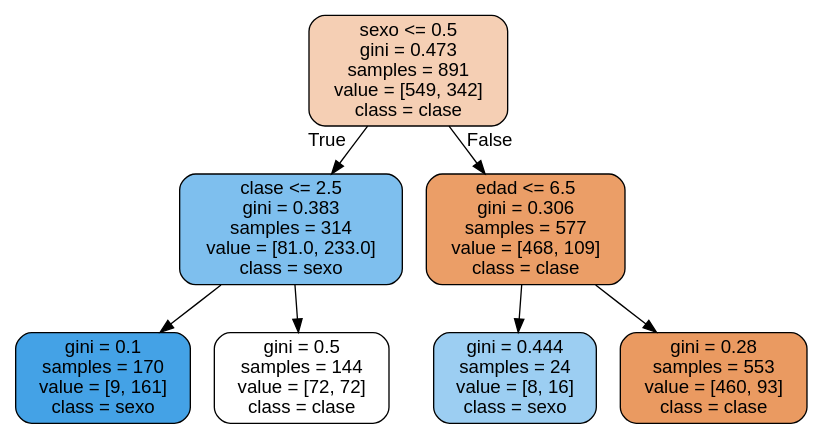
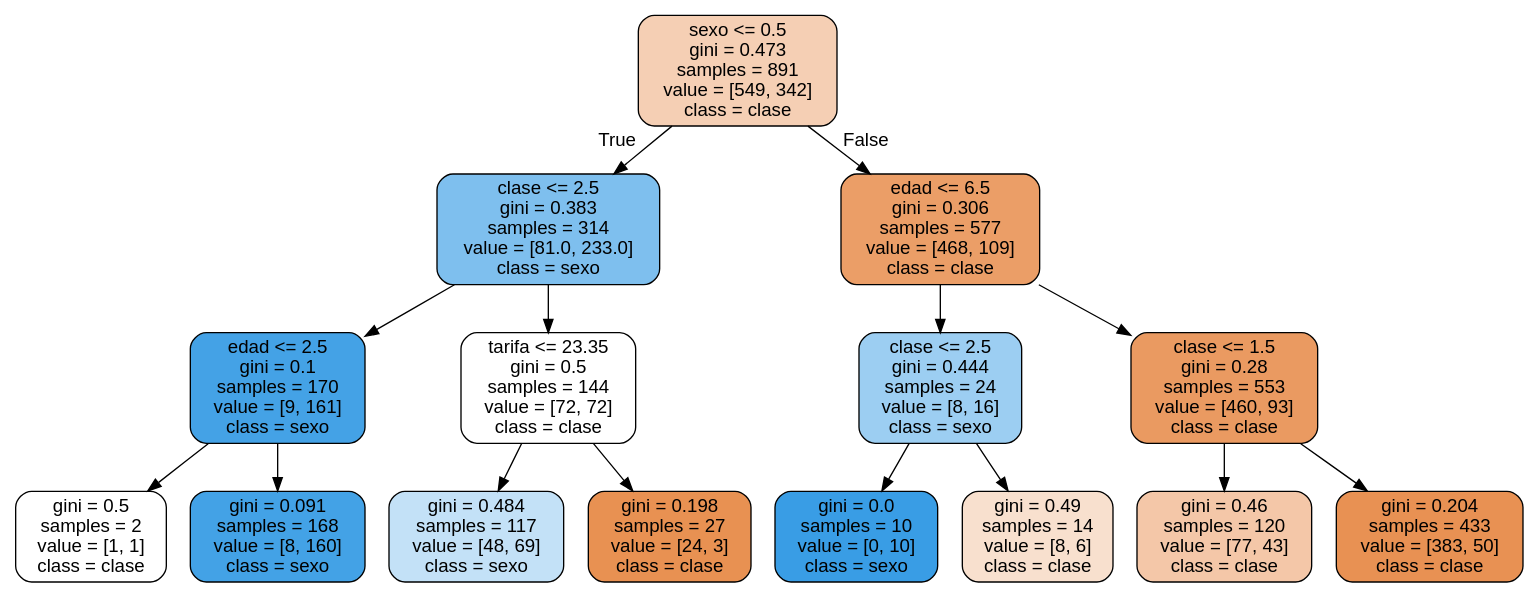
One commit to RalphNM1/InteligenciaArtificial changed the diagram in Ejercicios/arbol de decision/ejemplo_titanic.dot. Above: the diagram before and after it, drawn with Graphviz. The commit also changed 4 other files, not shown here.

```diff
--- a/Ejercicios/arbol de decision/ejemplo_titanic.dot
+++ b/Ejercicios/arbol de decision/ejemplo_titanic.dot
@@ -1,17 +1,33 @@
 digraph Tree {
 node [shape=box, style="filled, rounded", color="black", fontname="helvetica"] ;
 edge [fontname="helvetica"] ;
 0 [label="sexo <= 0.5\ngini = 0.473\nsamples = 891\nvalue = [549, 342]\nclass = clase", fillcolor="#f5cfb4"] ;
 1 [label="clase <= 2.5\ngini = 0.383\nsamples = 314\nvalue = [81.0, 233.0]\nclass = sexo", fillcolor="#7ebfee"] ;
 0 -> 1 [labeldistance=2.5, labelangle=45, headlabel="True"] ;
-2 [label="gini = 0.1\nsamples = 170\nvalue = [9, 161]\nclass = sexo", fillcolor="#44a2e6"] ;
+2 [label="edad <= 2.5\ngini = 0.1\nsamples = 170\nvalue = [9, 161]\nclass = sexo", fillcolor="#44a2e6"] ;
 1 -> 2 ;
-3 [label="gini = 0.5\nsamples = 144\nvalue = [72, 72]\nclass = clase", fillcolor="#ffffff"] ;
-1 -> 3 ;
-4 [label="edad <= 6.5\ngini = 0.306\nsamples = 577\nvalue = [468, 109]\nclass = clase", fillcolor="#eb9e67"] ;
-0 -> 4 [labeldistance=2.5, labelangle=-45, headlabel="False"] ;
-5 [label="gini = 0.444\nsamples = 24\nvalue = [8, 16]\nclass = sexo", fillcolor="#9ccef2"] ;
-4 -> 5 ;
-6 [label="gini = 0.28\nsamples = 553\nvalue = [460, 93]\nclass = clase", fillcolor="#ea9a61"] ;
-4 -> 6 ;
+3 [label="gini = 0.5\nsamples = 2\nvalue = [1, 1]\nclass = clase", fillcolor="#ffffff"] ;
+2 -> 3 ;
+4 [label="gini = 0.091\nsamples = 168\nvalue = [8, 160]\nclass = sexo", fillcolor="#43a2e6"] ;
+2 -> 4 ;
+5 [label="tarifa <= 23.35\ngini = 0.5\nsamples = 144\nvalue = [72, 72]\nclass = clase", fillcolor="#ffffff"] ;
+1 -> 5 ;
+6 [label="gini = 0.484\nsamples = 117\nvalue = [48, 69]\nclass = sexo", fillcolor="#c3e1f7"] ;
+5 -> 6 ;
+7 [label="gini = 0.198\nsamples = 27\nvalue = [24, 3]\nclass = clase", fillcolor="#e89152"] ;
+5 -> 7 ;
+8 [label="edad <= 6.5\ngini = 0.306\nsamples = 577\nvalue = [468, 109]\nclass = clase", fillcolor="#eb9e67"] ;
+0 -> 8 [labeldistance=2.5, labelangle=-45, headlabel="False"] ;
+9 [label="clase <= 2.5\ngini = 0.444\nsamples = 24\nvalue = [8, 16]\nclass = sexo", fillcolor="#9ccef2"] ;
+8 -> 9 ;
+10 [label="gini = 0.0\nsamples = 10\nvalue = [0, 10]\nclass = sexo", fillcolor="#399de5"] ;
+9 -> 10 ;
+11 [label="gini = 0.49\nsamples = 14\nvalue = [8, 6]\nclass = clase", fillcolor="#f8e0ce"] ;
+9 -> 11 ;
+12 [label="clase <= 1.5\ngini = 0.28\nsamples = 553\nvalue = [460, 93]\nclass = clase", fillcolor="#ea9a61"] ;
+8 -> 12 ;
+13 [label="gini = 0.46\nsamples = 120\nvalue = [77, 43]\nclass = clase", fillcolor="#f4c7a8"] ;
+12 -> 13 ;
+14 [label="gini = 0.204\nsamples = 433\nvalue = [383, 50]\nclass = clase", fillcolor="#e89153"] ;
+12 -> 14 ;
 }
```
